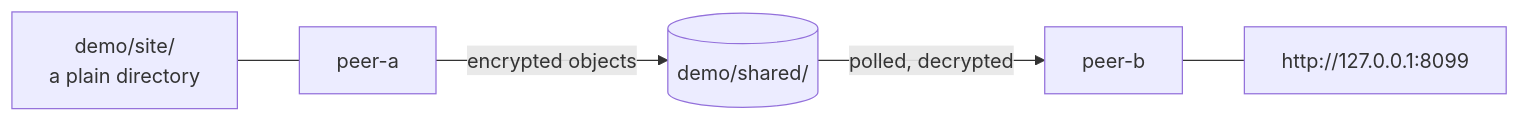
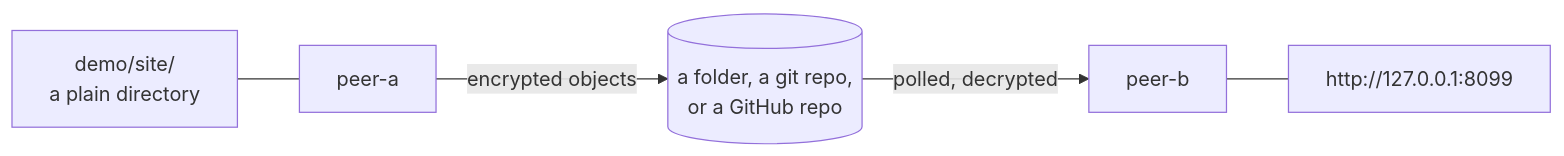
The diagram in demo/README.md (fyrlabs/dead-drop), drawn with Mermaid before and after one commit. The commit also changed other lines of this file and 9 other files, not shown here.

````diff
--- a/demo/README.md
+++ b/demo/README.md
@@ -5,7 +5,7 @@
 ```mermaid
 flowchart LR
     site["demo/site/<br/>a plain directory"] --- a["peer-a"]
-    a -- "encrypted objects" --> shared[("demo/shared/")]
-    shared -- "polled, decrypted" --> b["peer-b"]
+    a -- "encrypted objects" --> mid[("a folder, a git repo,<br/>or a GitHub repo")]
+    mid -- "polled, decrypted" --> b["peer-b"]
     b --- port["http://127.0.0.1:8099"]
 ```
````
